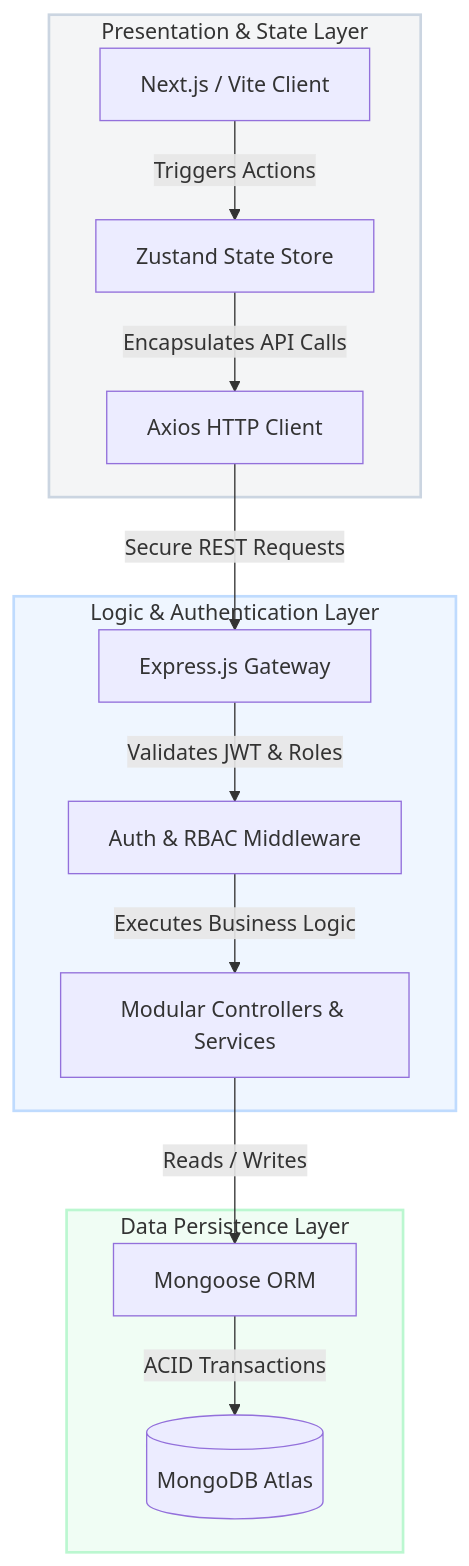
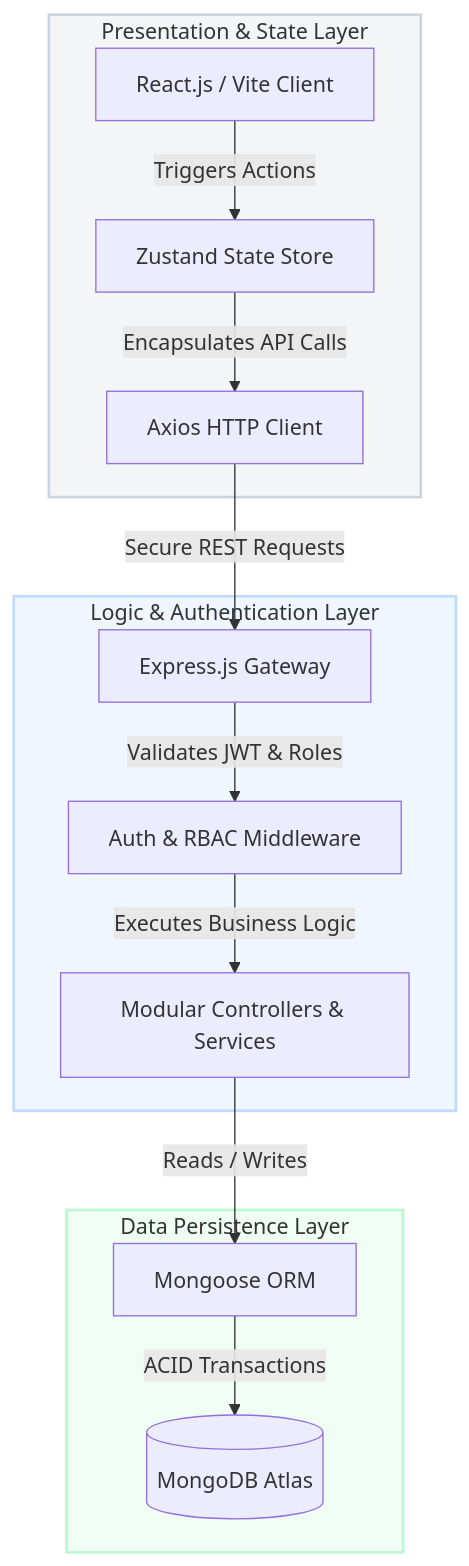
The first of 2 diagrams in README.md (0-mstrmind/oddo-assetflow-team-tortoise), drawn with Mermaid before and after one commit. The commit also changed other lines of this file, not shown here.

````diff
--- a/README.md
+++ b/README.md
@@ -50,22 +50,22 @@
 ```mermaid
 graph TD
     subgraph Frontend [Presentation & State Layer]
-        A[Next.js / Vite Client] -->|Triggers Actions| B[Zustand State Store]
+        A[React.js / Vite Client] -->|Triggers Actions| B[Zustand State Store]
         B -->|Encapsulates API Calls| C[Axios HTTP Client]
     end
 
     subgraph Backend [Logic & Authentication Layer]
         C -->|Secure REST Requests| D[Express.js Gateway]
         D -->|Validates JWT & Roles| E[Auth & RBAC Middleware]
         E -->|Executes Business Logic| F[Modular Controllers & Services]
     end
 
     subgraph Database [Data Persistence Layer]
         F -->|Reads / Writes| G[Mongoose ORM]
         G -->|ACID Transactions| H[(MongoDB Atlas)]
     end
 
     style Frontend fill:#f4f5f6,stroke:#cbd5e1,stroke-width:2px
     style Backend fill:#eff6ff,stroke:#bfdbfe,stroke-width:2px
     style Database fill:#f0fdf4,stroke:#bbf7d0,stroke-width:2px
 ```
````
